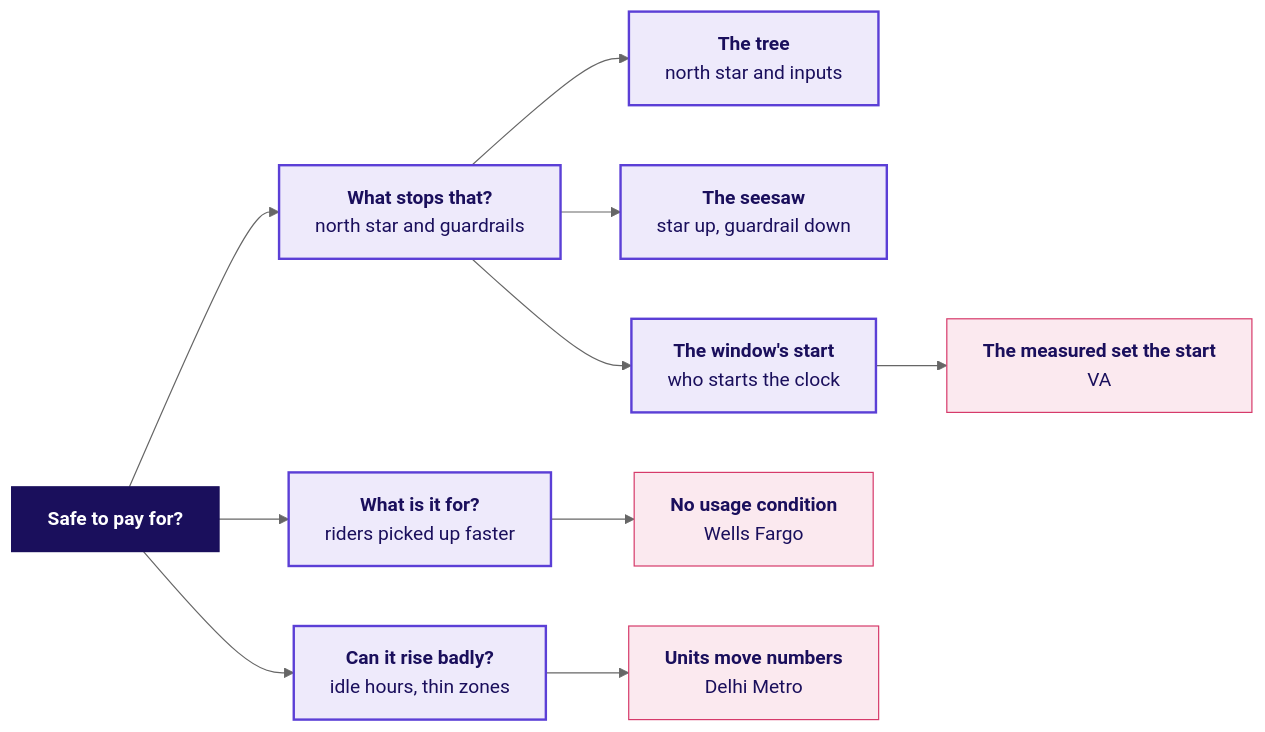
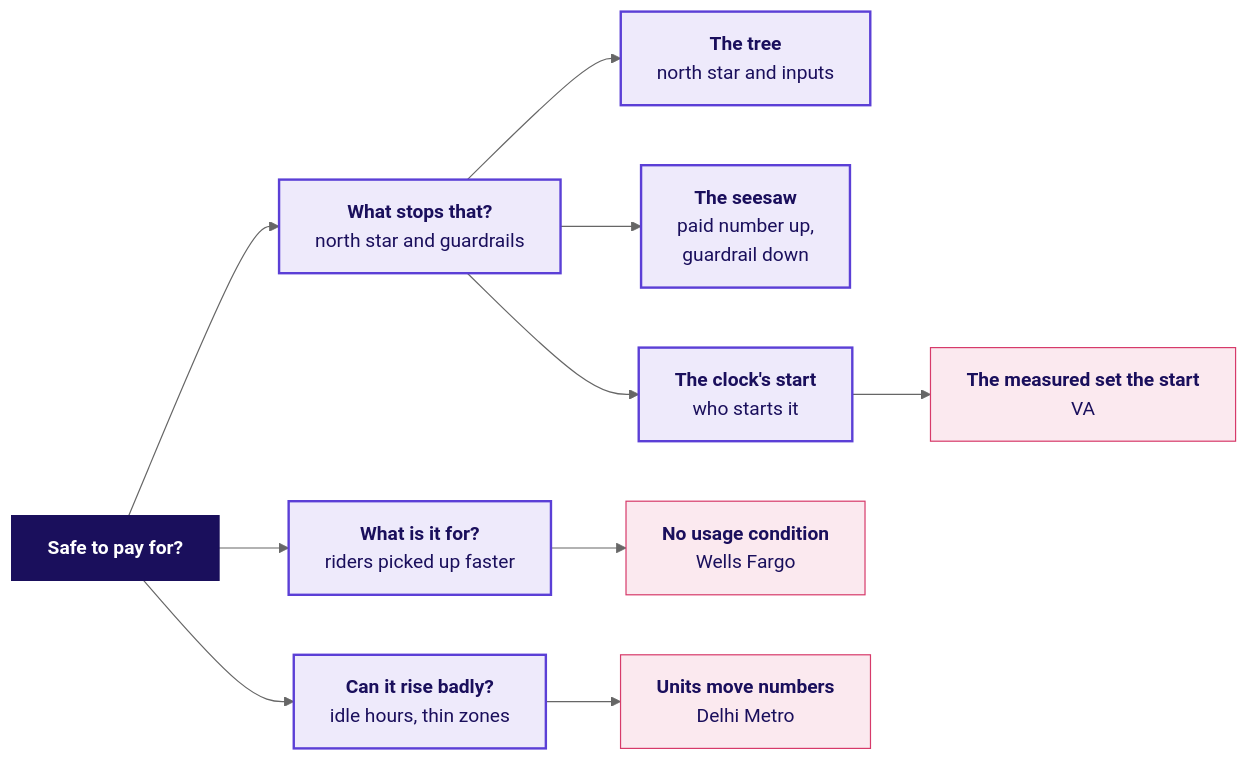
The second of 2 diagrams in content/W04/D1/cheatsheets/C2_W04_D01_safe_to_pay_STUDENT.md (fde-academy-lab/c2-content-factory), drawn with Mermaid (neutral theme) before and after one commit. The commit also changed other lines of this file and 34 other files, not shown here.

````diff
--- a/content/W04/D1/cheatsheets/C2_W04_D01_safe_to_pay_STUDENT.md
+++ b/content/W04/D1/cheatsheets/C2_W04_D01_safe_to_pay_STUDENT.md
@@ -33,28 +34,28 @@
 ```mermaid
 flowchart LR
     Q["<b>Safe to pay for?</b>"]
     Q1["<b>What is it for?</b><br/>riders picked up faster"]
     Q2["<b>Can it rise badly?</b><br/>idle hours, thin zones"]
     Q3["<b>What stops that?</b><br/>north star and guardrails"]
     S1["<b>The tree</b><br/>north star and inputs"]
-    S2["<b>The seesaw</b><br/>star up, guardrail down"]
-    S3["<b>The window's start</b><br/>who starts the clock"]
+    S2["<b>The seesaw</b><br/>paid number up,<br/>guardrail down"]
+    S3["<b>The clock's start</b><br/>who starts it"]
     P1["<b>No usage condition</b><br/>Wells Fargo"]
     P2["<b>Units move numbers</b><br/>Delhi Metro"]
     P3["<b>The measured set the start</b><br/>VA"]
     Q --> Q1
     Q --> Q2
     Q --> Q3
     Q3 --> S1
     Q3 --> S2
     Q3 --> S3
     Q1 --> P1
     Q2 --> P2
     S3 --> P3
     classDef lit fill:#1A0F5C,stroke:#1A0F5C,color:#FFFFFF
     classDef known fill:#EEEAFB,stroke:#5B3FD6,color:#1A0F5C,stroke-width:2px
     classDef bad fill:#FBE9EF,stroke:#D63A6A,color:#1A0F5C
     class Q lit
     class Q1,Q2,Q3,S1,S2,S3 known
     class P1,P2,P3 bad
 ```
````
